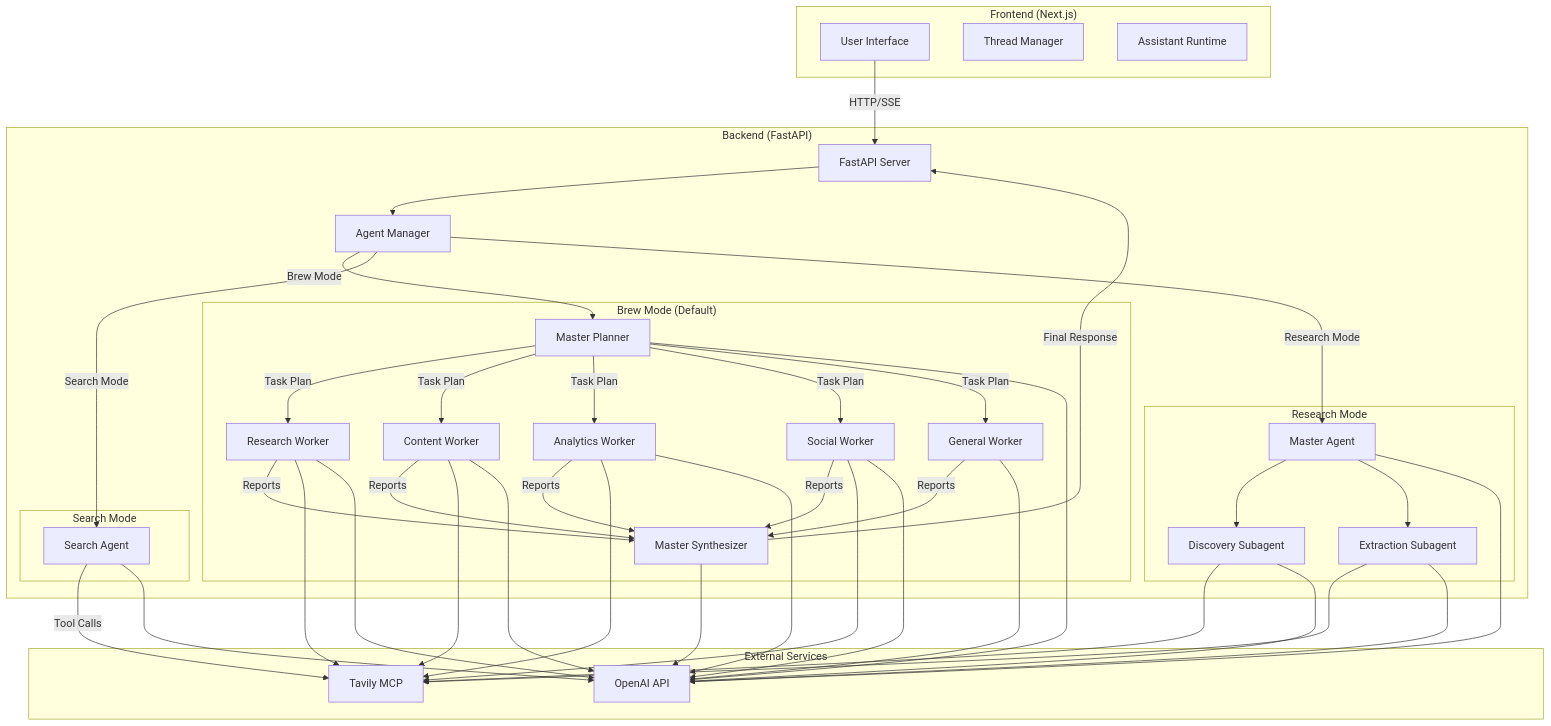
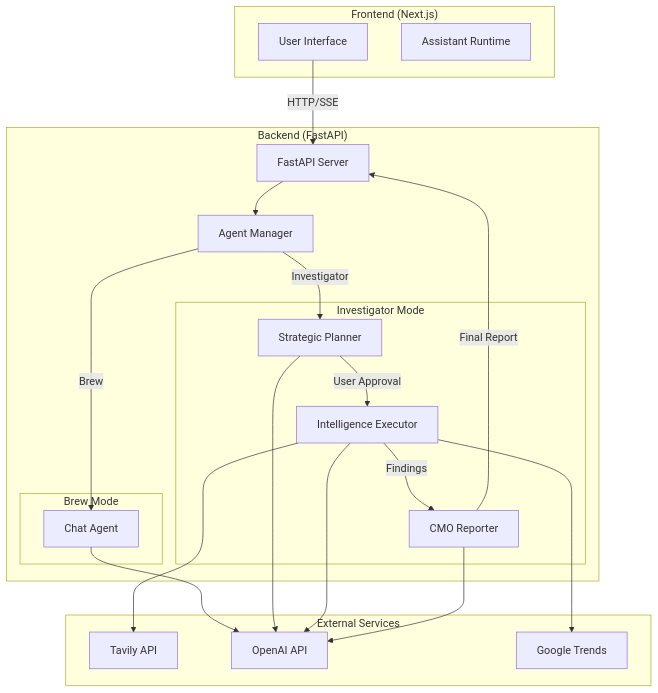
The first of 2 diagrams in README.md (buildwithgagan/marketing-agents-team), drawn with Mermaid before and after one commit. The commit also changed other lines of this file, not shown here.

````diff
--- a/README.md
+++ b/README.md
@@ -69,79 +51,44 @@
 ```mermaid
 graph TB
     subgraph "Frontend (Next.js)"
         UI[User Interface]
-        ThreadMgr[Thread Manager]
         Runtime[Assistant Runtime]
     end
 
     subgraph "Backend (FastAPI)"
         API[FastAPI Server]
         AgentMgr[Agent Manager]
 
-        subgraph "Brew Mode (Default)"
-            Planner[Master Planner]
-            RWorker[Research Worker]
-            CWorker[Content Worker]
-            AWorker[Analytics Worker]
-            SWorker[Social Worker]
-            GWorker[General Worker]
-            Synthesizer[Master Synthesizer]
+        subgraph "Investigator Mode"
+            Planner[Strategic Planner]
+            Executor[Intelligence Executor]
+            Reporter[CMO Reporter]
         end
 
-        subgraph "Search Mode"
-            SearchAgent[Search Agent]
-        end
-
-        subgraph "Research Mode"
-            MasterAgent[Master Agent]
-            DiscoveryAgent[Discovery Subagent]
-            ExtractAgent[Extraction Subagent]
+        subgraph "Brew Mode"
+            BrewAgent[Chat Agent]
         end
     end
 
     subgraph "External Services"
-        TavilyMCP[Tavily MCP]
+        Tavily[Tavily API]
         OpenAI[OpenAI API]
+        Google[Google Trends]
     end
 
     UI -->|HTTP/SSE| API
     API --> AgentMgr
-    AgentMgr -->|Brew Mode| Planner
-    Planner -->|Task Plan| RWorker
-    Planner -->|Task Plan| CWorker
-    Planner -->|Task Plan| AWorker
-    Planner -->|Task Plan| SWorker
-    Planner -->|Task Plan| GWorker
-    RWorker -->|Reports| Synthesizer
-    CWorker -->|Reports| Synthesizer
-    AWorker -->|Reports| Synthesizer
-    SWorker -->|Reports| Synthesizer
-    GWorker -->|Reports| Synthesizer
-    Synthesizer -->|Final Response| API
+    AgentMgr -->|Investigator| Planner
+    Planner -->|User Approval| Executor
+    Executor -->|Findings| Reporter
+    Reporter -->|Final Report| API
 
-    AgentMgr -->|Search Mode| SearchAgent
-    SearchAgent -->|Tool Calls| TavilyMCP
-
-    AgentMgr -->|Research Mode| MasterAgent
-    MasterAgent --> DiscoveryAgent
-    MasterAgent --> ExtractAgent
-    DiscoveryAgent --> TavilyMCP
-    ExtractAgent --> TavilyMCP
-
-    RWorker --> TavilyMCP
-    CWorker --> TavilyMCP
-    AWorker --> TavilyMCP
-    SWorker --> TavilyMCP
+    AgentMgr -->|Brew| BrewAgent
+    BrewAgent --> OpenAI
 
     Planner --> OpenAI
-    Synthesizer --> OpenAI
-    SearchAgent --> OpenAI
-    MasterAgent --> OpenAI
-    RWorker --> OpenAI
-    CWorker --> OpenAI
-    AWorker --> OpenAI
-    SWorker --> OpenAI
-    GWorker --> OpenAI
-    DiscoveryAgent --> OpenAI
-    ExtractAgent --> OpenAI
+    Executor --> OpenAI
+    Executor --> Tavily
+    Executor --> Google
+    Reporter --> OpenAI
 ```
````
